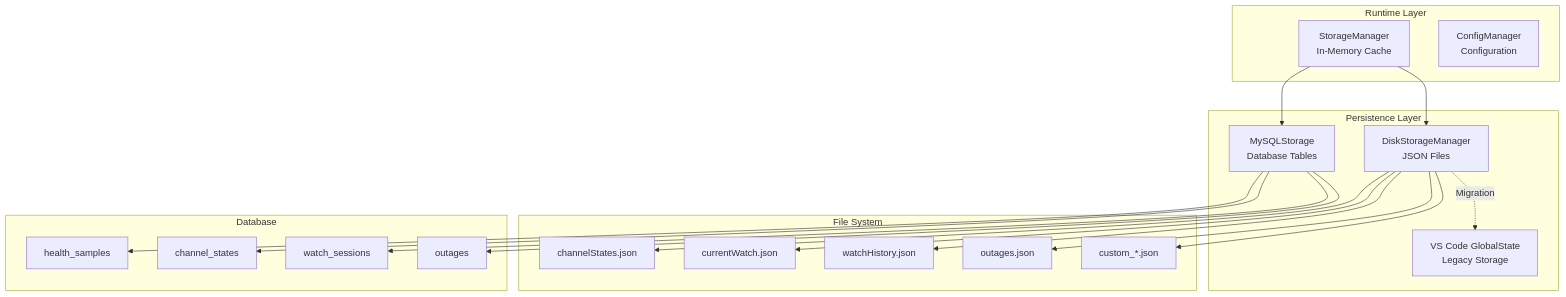
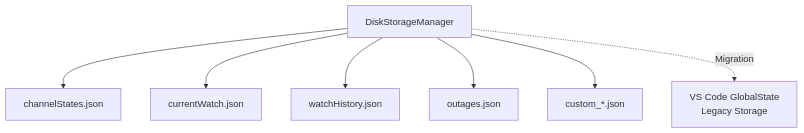
One commit to GSejas/health-watch changed the second of 3 diagrams in docs/developers/architecture/STORAGE_ANALYSIS.md. Above: the diagram before and after it, drawn with Mermaid. The commit also changed other lines of this file and 21 other files, not shown here.

First line of the commit message:
feat: Add modular CSS components for Health Watch Dashboard

````diff
--- a/docs/developers/architecture/STORAGE_ANALYSIS.md
+++ b/docs/developers/architecture/STORAGE_ANALYSIS.md
@@ -9,41 +27,17 @@
 ```mermaid
-graph TB
-    subgraph "Runtime Layer"
-        SM[StorageManager<br/>In-Memory Cache]
-        CM[ConfigManager<br/>Configuration]
-    end
+graph TD
+    DSM[DiskStorageManager]
+    CH[channelStates.json]
+    CW[currentWatch.json]
+    WH[watchHistory.json]
+    OUT[outages.json]
+    CUST[custom_*.json]
+    VS[VS Code GlobalState<br/>Legacy Storage]
     
-    subgraph "Persistence Layer"
-        DSM[DiskStorageManager<br/>JSON Files]
-        MYSQL[MySQLStorage<br/>Database Tables]
-        VS[VS Code GlobalState<br/>Legacy Storage]
-    end
-    
-    subgraph "File System"
-        CH[channelStates.json]
-        CW[currentWatch.json]
-        WH[watchHistory.json]
-        OUT[outages.json]
-        CUST[custom_*.json]
-    end
-    
-    subgraph "Database"
-        HS[health_samples]
-        CS[channel_states]
-        WS[watch_sessions]
-        OT[outages]
-    end
-    
-    SM --> DSM
-    SM --> MYSQL
     DSM --> CH
     DSM --> CW
     DSM --> WH
     DSM --> OUT
     DSM --> CUST
-    MYSQL --> HS
-    MYSQL --> CS
-    MYSQL --> WS
-    MYSQL --> OT
     DSM -.->|Migration| VS
 ```
````
